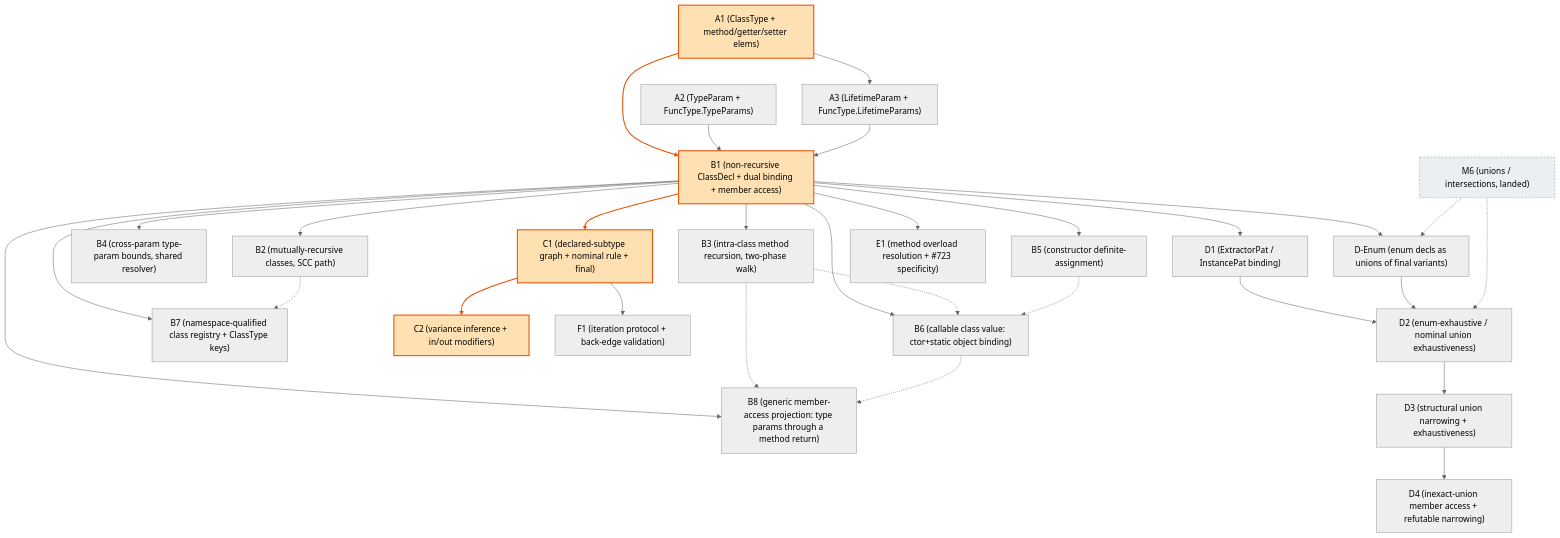
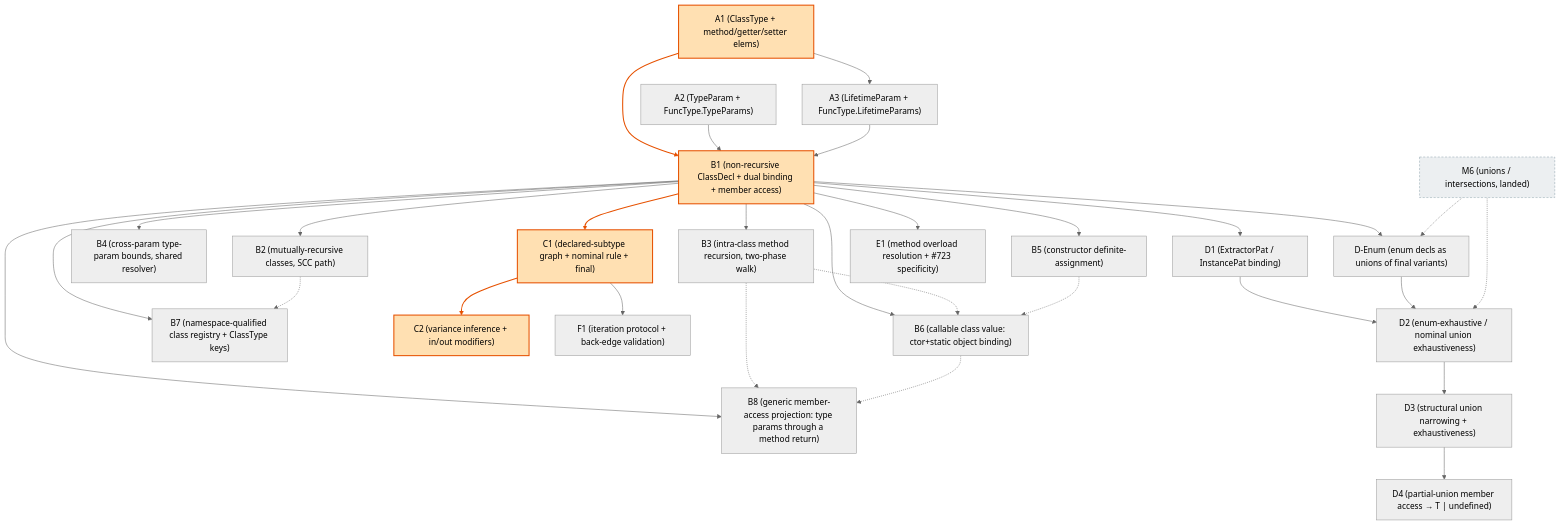
The diagram in planning/simple_sub/m5-implementation-plan.md (escalier-lang/escalier), drawn with Mermaid (neutral theme) before and after one commit. The commit also changed other lines of this file and 1 other file, not shown here.

First line of the commit message:
Plan M5 D4: reframe as partial-union member access -> T | undefined

````diff
--- a/planning/simple_sub/m5-implementation-plan.md
+++ b/planning/simple_sub/m5-implementation-plan.md
@@ -1515,59 +1521,59 @@
 ```mermaid
 graph TD
     A1["A1 (ClassType + method/getter/setter elems)"]
     A2["A2 (TypeParam + FuncType.TypeParams)"]
     A3["A3 (LifetimeParam + FuncType.LifetimeParams)"]
     B1["B1 (non-recursive ClassDecl + dual binding + member access)"]
     B2["B2 (mutually-recursive classes, SCC path)"]
     B3["B3 (intra-class method recursion, two-phase walk)"]
     B4["B4 (cross-param type-param bounds, shared resolver)"]
     B5["B5 (constructor definite-assignment)"]
     B6["B6 (callable class value: ctor+static object binding)"]
     B7["B7 (namespace-qualified class registry + ClassType keys)"]
     B8["B8 (generic member-access projection: type params through a method return)"]
     C1["C1 (declared-subtype graph + nominal rule + final)"]
     C2["C2 (variance inference + in/out modifiers)"]
     F1["F1 (iteration protocol + back-edge validation)"]
     D1["D1 (ExtractorPat / InstancePat binding)"]
     DEnum["D-Enum (enum decls as unions of final variants)"]
     D2["D2 (enum-exhaustive / nominal union exhaustiveness)"]
     D3["D3 (structural union narrowing + exhaustiveness)"]
-    D4["D4 (inexact-union member access + refutable narrowing)"]
+    D4["D4 (partial-union member access → T | undefined)"]
     E1["E1 (method overload resolution + #723 specificity)"]
     M6["M6 (unions / intersections, landed)"]
 
     A1 --> B1
     A1 --> A3
     A2 --> B1
     A3 --> B1
     B1 --> B2
     B1 --> B3
     B1 --> B4
     B1 --> B5
     B1 --> C1
     B1 --> D1
     B1 --> DEnum
     B1 --> E1
     C1 --> C2
     C1 --> F1
     D1 --> D2
     DEnum --> D2
     D2 --> D3
     D3 --> D4
     M6 -.-> DEnum
     M6 -.-> D2
     B1 --> B6
     B3 -.-> B6
     B5 -.-> B6
     B1 --> B7
     B2 -.-> B7
     B1 --> B8
     B3 -.-> B8
     B6 -.-> B8
 
     classDef crit fill:#ffe0b2,stroke:#e65100,stroke-width:2px,color:#000;
     classDef landed fill:#eceff1,stroke:#90a4ae,stroke-dasharray:4 3,color:#000;
     class A1,B1,C1,C2 crit;
     class M6 landed;
     linkStyle 0,8,12 stroke:#e65100,stroke-width:2px;
 ```
````
